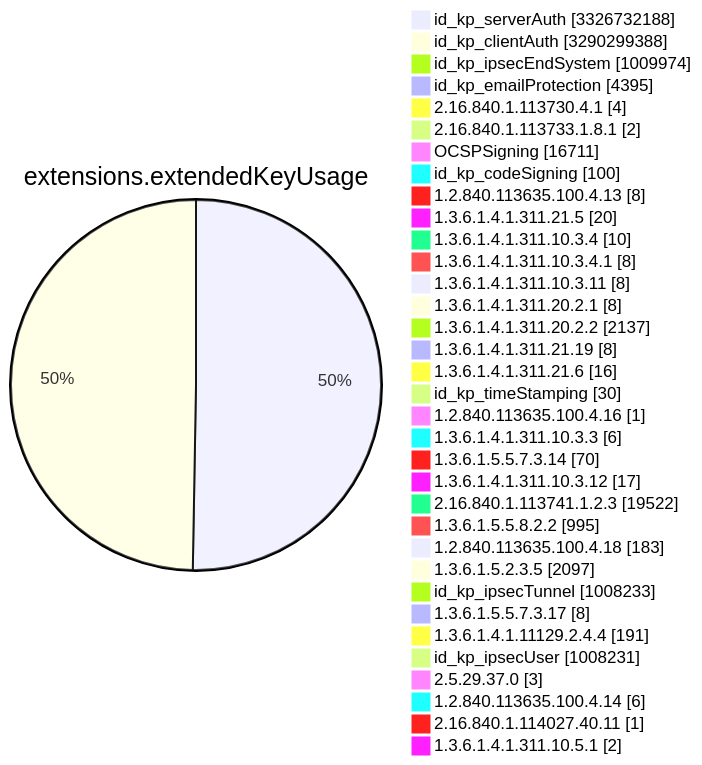
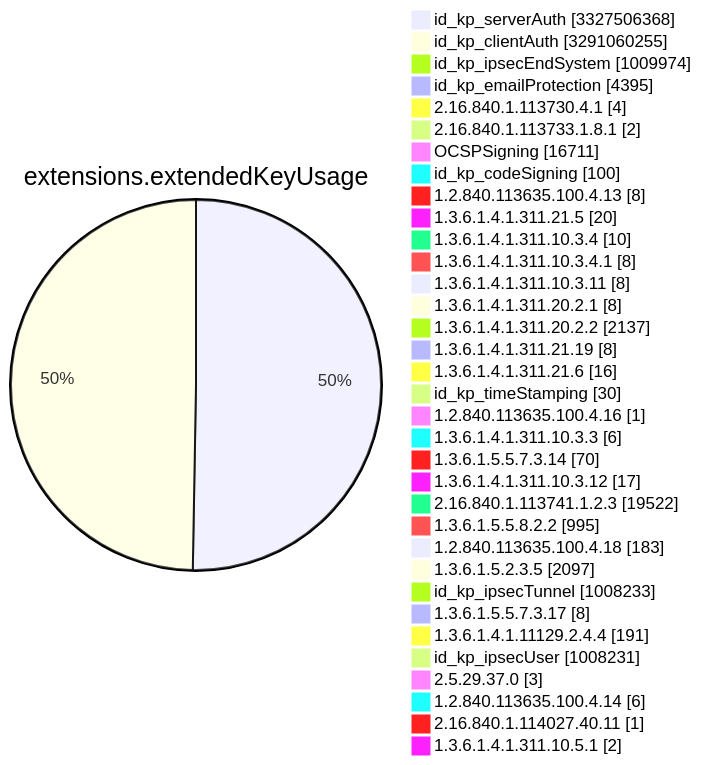
One commit to christiankrug/ctmonitor_visualization changed diagram 11 of 15 in TOTAL/README.md. Above: the diagram before and after it, drawn with Mermaid. The commit also changed other lines of this file, not shown here.

````diff
--- a/TOTAL/README.md
+++ b/TOTAL/README.md
@@ -4120,38 +4120,38 @@
 ```mermaid
 pie showData
 title extensions.extendedKeyUsage
-"id_kp_serverAuth" :3326732188
-"id_kp_clientAuth" :3290299388
+"id_kp_serverAuth" :3327506368
+"id_kp_clientAuth" :3291060255
 "id_kp_ipsecEndSystem" :1009974
 "id_kp_emailProtection" :4395
 "2.16.840.1.113730.4.1" :4
 "2.16.840.1.113733.1.8.1" :2
 "OCSPSigning" :16711
 "id_kp_codeSigning" :100
 "1.2.840.113635.100.4.13" :8
 "1.3.6.1.4.1.311.21.5" :20
 "1.3.6.1.4.1.311.10.3.4" :10
 "1.3.6.1.4.1.311.10.3.4.1" :8
 "1.3.6.1.4.1.311.10.3.11" :8
 "1.3.6.1.4.1.311.20.2.1" :8
 "1.3.6.1.4.1.311.20.2.2" :2137
 "1.3.6.1.4.1.311.21.19" :8
 "1.3.6.1.4.1.311.21.6" :16
 "id_kp_timeStamping" :30
 "1.2.840.113635.100.4.16" :1
 "1.3.6.1.4.1.311.10.3.3" :6
 "1.3.6.1.5.5.7.3.14" :70
 "1.3.6.1.4.1.311.10.3.12" :17
 "2.16.840.1.113741.1.2.3" :19522
 "1.3.6.1.5.5.8.2.2" :995
 "1.2.840.113635.100.4.18" :183
 "1.3.6.1.5.2.3.5" :2097
 "id_kp_ipsecTunnel" :1008233
 "1.3.6.1.5.5.7.3.17" :8
 "1.3.6.1.4.1.11129.2.4.4" :191
 "id_kp_ipsecUser" :1008231
 "2.5.29.37.0" :3
 "1.2.840.113635.100.4.14" :6
 "2.16.840.1.114027.40.11" :1
 "1.3.6.1.4.1.311.10.5.1" :2
 ```
````
